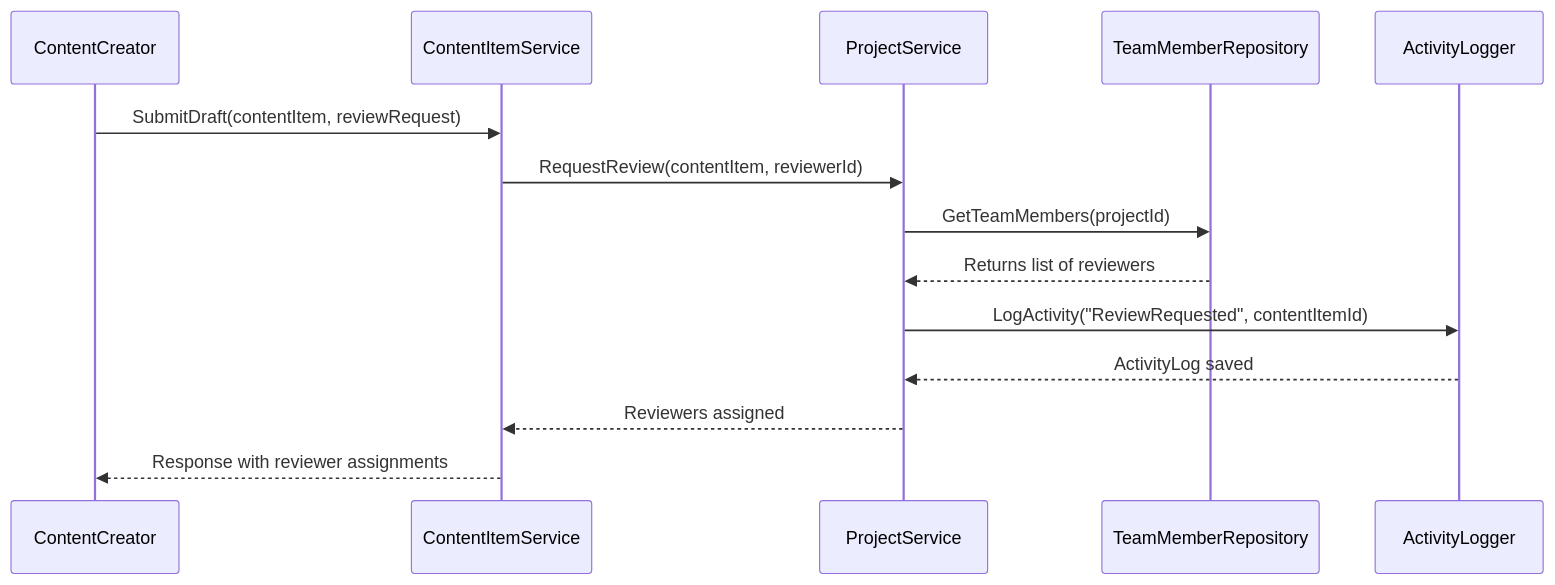
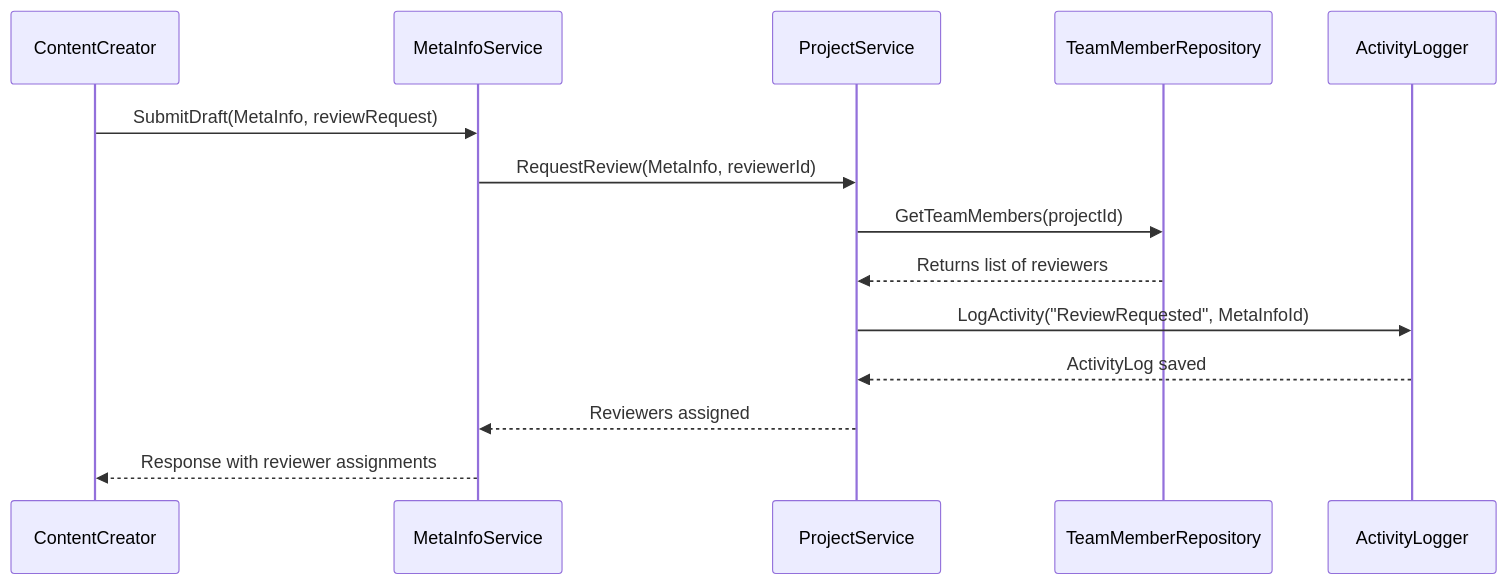
The diagram in docs/ARCHITECTURE_API_LAYER.md (phinoox/Gadema), drawn with Mermaid before and after one commit. The commit also changed other lines of this file and 62 other files, not shown here.

Commit message:
renamed ContentItem to MetaInfo to better reflect its purpose(and confuse the llm a little less)

````diff
--- a/docs/ARCHITECTURE_API_LAYER.md
+++ b/docs/ARCHITECTURE_API_LAYER.md
@@ -240,17 +240,17 @@
 ```mermaid
 sequenceDiagram
     participant C as ContentCreator
-    participant S as ContentItemService
+    participant S as MetaInfoService
     participant P as ProjectService
     participant T as TeamMemberRepository
     participant A as ActivityLogger
 
-    C->>S: SubmitDraft(contentItem, reviewRequest)
-    S->>P: RequestReview(contentItem, reviewerId)
+    C->>S: SubmitDraft(MetaInfo, reviewRequest)
+    S->>P: RequestReview(MetaInfo, reviewerId)
     P->>T: GetTeamMembers(projectId)
     T-->>P: Returns list of reviewers
-    P->>A: LogActivity("ReviewRequested", contentItemId)
+    P->>A: LogActivity("ReviewRequested", MetaInfoId)
     A-->>P: ActivityLog saved
     P-->>S: Reviewers assigned
     S-->>C: Response with reviewer assignments
 ```
````
